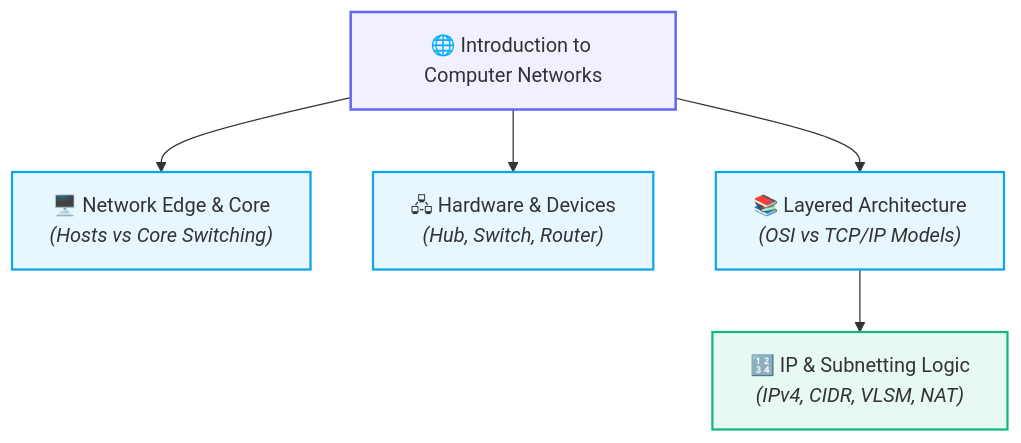
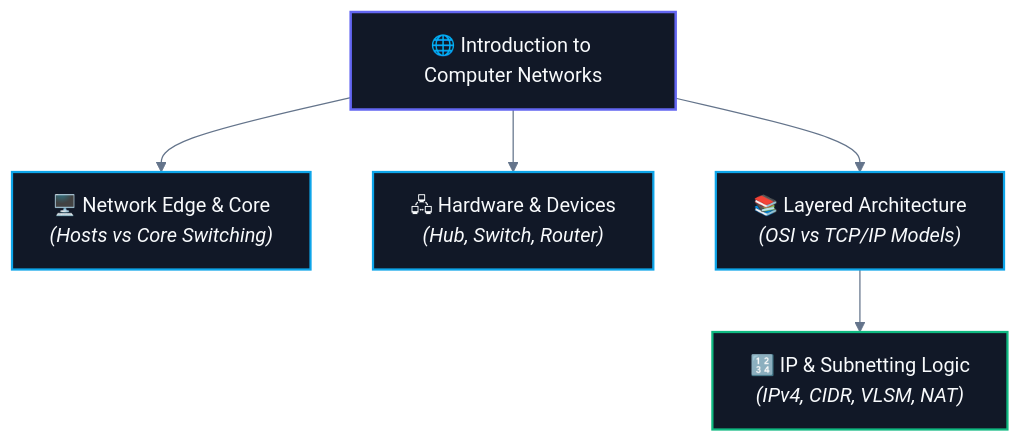
The fifth of 5 diagrams in CS/Computer Networking/01. Architecture & Fundamentals/01. Introduction to Computer Networks.md (abhinavbharti2345/CS_Notes), drawn with Mermaid before and after one commit. The commit also changed other lines of this file and 195 other files, not shown here.

````diff
--- a/CS/Computer Networking/01. Architecture & Fundamentals/01. Introduction to Computer Networks.md
+++ b/CS/Computer Networking/01. Architecture & Fundamentals/01. Introduction to Computer Networks.md
@@ -202,18 +206,19 @@
 ```mermaid
+%%{init: {'theme': 'base', 'themeVariables': { 'darkMode': true, 'background': '#0B0F14', 'mainBkg': '#111827', 'primaryColor': '#111827', 'primaryTextColor': '#F8FAFC', 'primaryBorderColor': '#38BDF8', 'lineColor': '#64748B', 'secondaryColor': '#0B0F14', 'tertiaryColor': '#0B0F14', 'clusterBkg': '#0B0F14', 'clusterBorder': '#38BDF8' }}}%%
 graph TD
     Intro["🌐 Introduction to Computer Networks"]
     
     Intro --> Edge["🖥️ Network Edge & Core<br><i>(Hosts vs Core Switching)</i>"]
     Intro --> HW["🖧 Hardware & Devices<br><i>(Hub, Switch, Router)</i>"]
     Intro --> Layers["📚 Layered Architecture<br><i>(OSI vs TCP/IP Models)</i>"]
     
     Layers --> IP["🔢 IP & Subnetting Logic<br><i>(IPv4, CIDR, VLSM, NAT)</i>"]
 
-    classDef main fill:#6366f118,stroke:#6366f1,stroke-width:2px;
-    classDef branch fill:#0ea5e918,stroke:#0ea5e9,stroke-width:1.8px;
-    classDef next fill:#10b98118,stroke:#10b981,stroke-width:1.8px;
+    classDef main fill:#111827,stroke:#6366f1,stroke-width:2px,color:#F8FAFC;
+    classDef branch fill:#111827,stroke:#0ea5e9,stroke-width:1.8px,color:#F8FAFC;
+    classDef next fill:#111827,stroke:#10b981,stroke-width:1.8px,color:#F8FAFC;
 
     class Intro main;
     class Edge,HW,Layers branch;
     class IP next;
 ```
````
